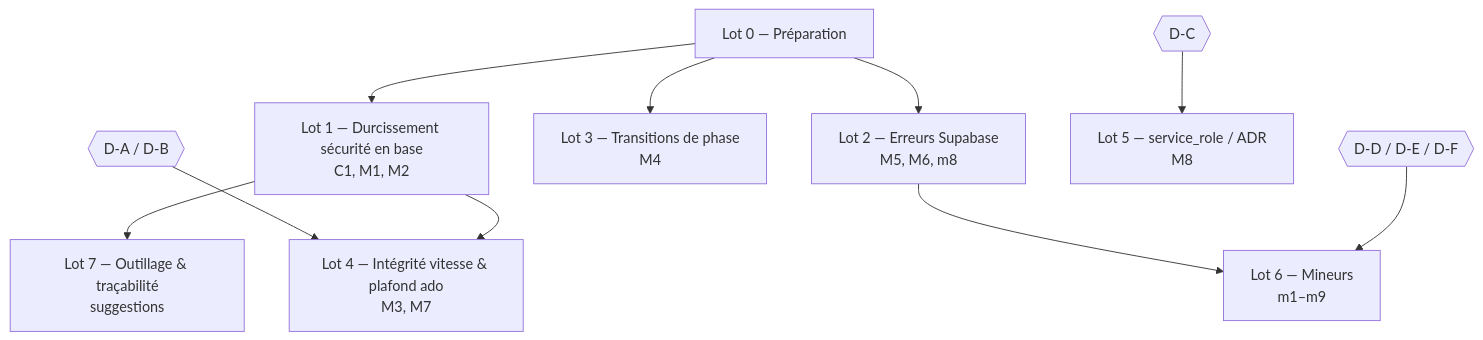
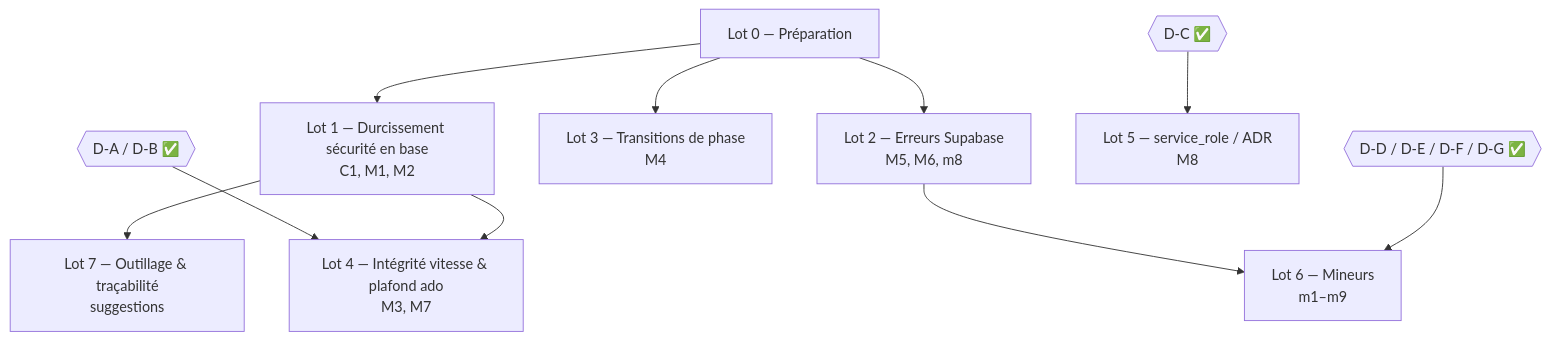
One commit to julleroyfr/interclub changed the diagram in docs/revues/2026-10-03-plan-action.md. Above: the diagram before and after it, drawn with Mermaid. The commit also changed other lines of this file, not shown here.

````diff
--- a/docs/revues/2026-10-03-plan-action.md
+++ b/docs/revues/2026-10-03-plan-action.md
@@ -31,12 +32,12 @@
 ```mermaid
 flowchart TD
   L0[Lot 0 — Préparation] --> L1[Lot 1 — Durcissement sécurité en base<br/>C1, M1, M2]
   L0 --> L2[Lot 2 — Erreurs Supabase<br/>M5, M6, m8]
   L0 --> L3[Lot 3 — Transitions de phase<br/>M4]
   L1 --> L4[Lot 4 — Intégrité vitesse & plafond ado<br/>M3, M7]
-  DA{{D-A / D-B}} --> L4
-  DC{{D-C}} --> L5[Lot 5 — service_role / ADR<br/>M8]
-  DDEF{{D-D / D-E / D-F}} --> L6[Lot 6 — Mineurs<br/>m1–m9]
+  DA{{D-A / D-B ✅}} --> L4
+  DC{{D-C ✅}} --> L5[Lot 5 — service_role / ADR<br/>M8]
+  DDEF{{D-D / D-E / D-F / D-G ✅}} --> L6[Lot 6 — Mineurs<br/>m1–m9]
   L1 --> L7[Lot 7 — Outillage & traçabilité<br/>suggestions]
   L2 --> L6
 ```
````
